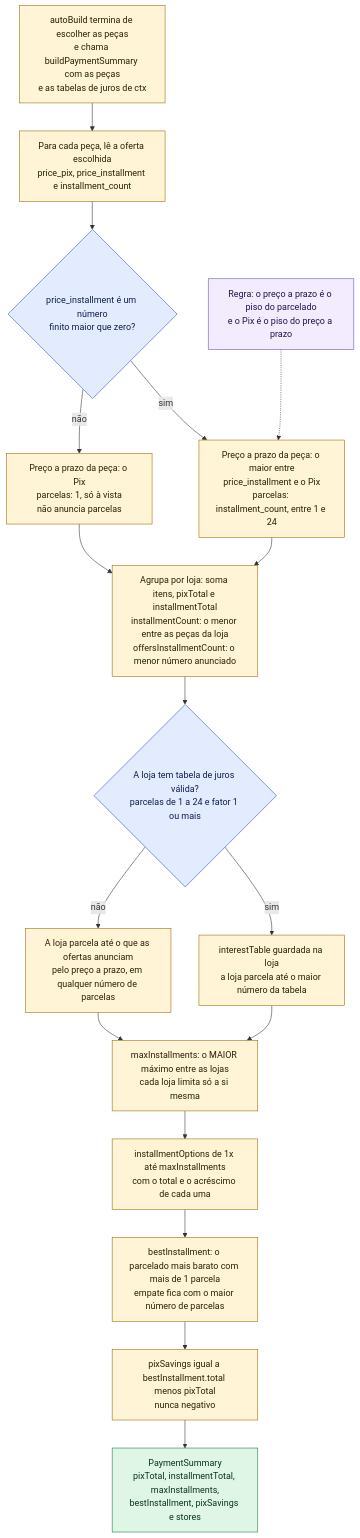
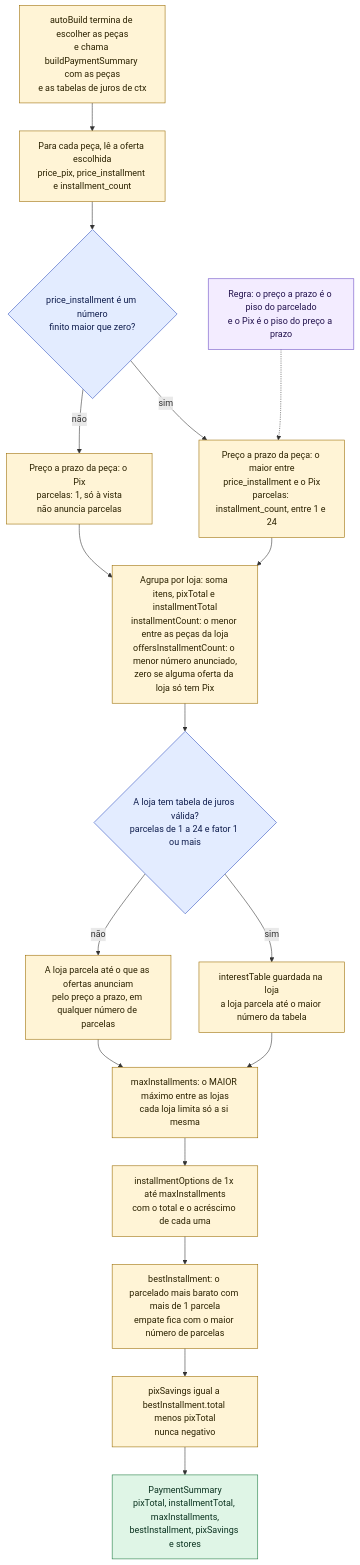
Before and after one commit to FEJAPA/Garimpo-PC: the first of 4 diagrams in docs/diagramas/fluxo-pagamento.md, drawn with Mermaid. The commit also changed other lines of this file and 5 other files, not shown here.

````diff
--- a/docs/diagramas/fluxo-pagamento.md
+++ b/docs/diagramas/fluxo-pagamento.md
@@ -40,26 +40,26 @@
 ```mermaid
 flowchart TD
     classDef passo fill:#fff4d6,stroke:#9a6b00,color:#2b2200
     classDef decisao fill:#e3ecff,stroke:#2f4fbf,color:#0f1d4d
     classDef ok fill:#dff5e6,stroke:#1b7a3f,color:#0b3320
     classDef regra fill:#f3ecff,stroke:#6a4bc4,color:#22124d
 
     A["autoBuild termina de escolher as peças<br/>e chama buildPaymentSummary com as peças<br/>e as tabelas de juros de ctx"]:::passo
     A --> B["Para cada peça, lê a oferta escolhida<br/>price_pix, price_installment e installment_count"]:::passo
     B --> C{"price_installment é um número<br/>finito maior que zero?"}:::decisao
     C -->|"não"| C1["Preço a prazo da peça: o Pix<br/>parcelas: 1, só à vista<br/>não anuncia parcelas"]:::passo
     C -->|"sim"| C2["Preço a prazo da peça: o maior entre<br/>price_installment e o Pix<br/>parcelas: installment_count, entre 1 e 24"]:::passo
     C1 --> E
-    C2 --> E["Agrupa por loja: soma itens, pixTotal e installmentTotal<br/>installmentCount: o menor entre as peças da loja<br/>offersInstallmentCount: o menor número anunciado"]:::passo
+    C2 --> E["Agrupa por loja: soma itens, pixTotal e installmentTotal<br/>installmentCount: o menor entre as peças da loja<br/>offersInstallmentCount: o menor número anunciado,<br/>zero se alguma oferta da loja só tem Pix"]:::passo
     E --> F{"A loja tem tabela de juros válida?<br/>parcelas de 1 a 24 e fator 1 ou mais"}:::decisao
     F -->|"não"| G["A loja parcela até o que as ofertas anunciam<br/>pelo preço a prazo, em qualquer número de parcelas"]:::passo
     F -->|"sim"| H["interestTable guardada na loja<br/>a loja parcela até o maior número da tabela"]:::passo
     G --> I
     H --> I["maxInstallments: o MAIOR máximo entre as lojas<br/>cada loja limita só a si mesma"]:::passo
     I --> J["installmentOptions de 1x até maxInstallments<br/>com o total e o acréscimo de cada uma"]:::passo
     J --> K["bestInstallment: o parcelado mais barato com mais de 1 parcela<br/>empate fica com o maior número de parcelas"]:::passo
     K --> L["pixSavings igual a bestInstallment.total menos pixTotal<br/>nunca negativo"]:::passo
     L --> N["PaymentSummary<br/>pixTotal, installmentTotal, maxInstallments,<br/>bestInstallment, pixSavings e stores"]:::ok
     R["Regra: o preço a prazo é o piso do parcelado<br/>e o Pix é o piso do preço a prazo"]:::regra
     R -.-> C2
 ```
````
